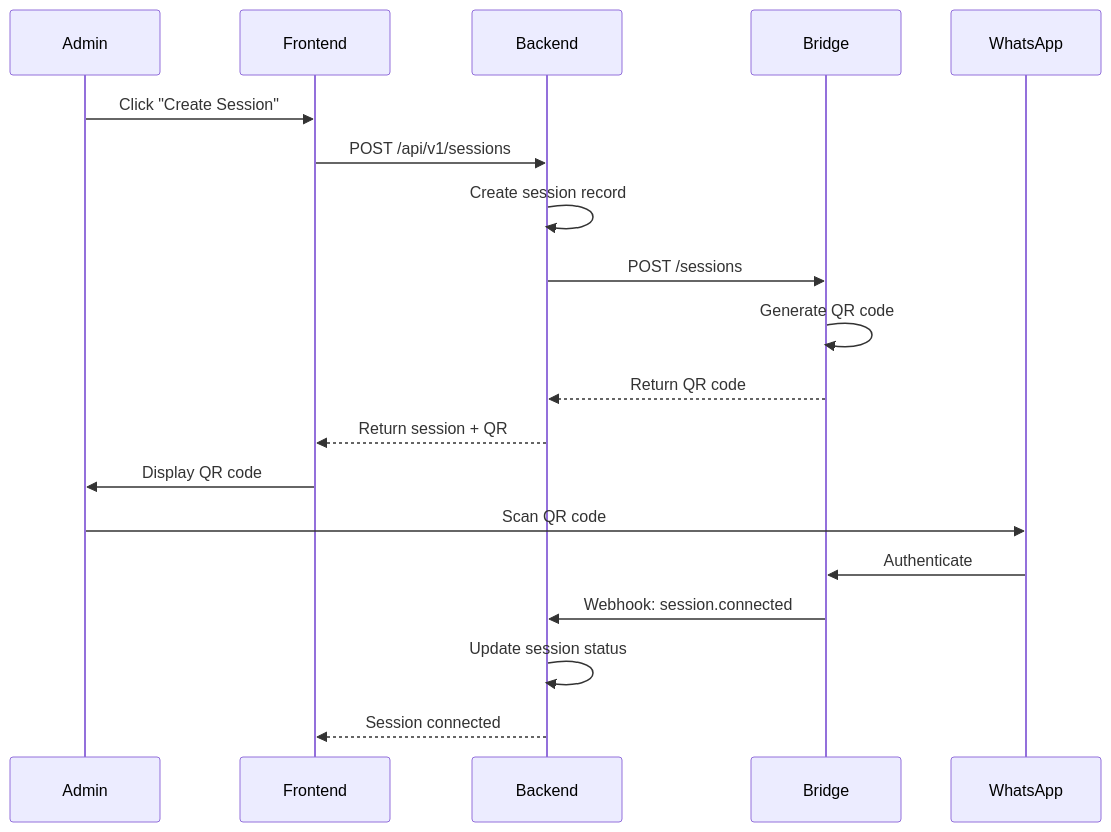
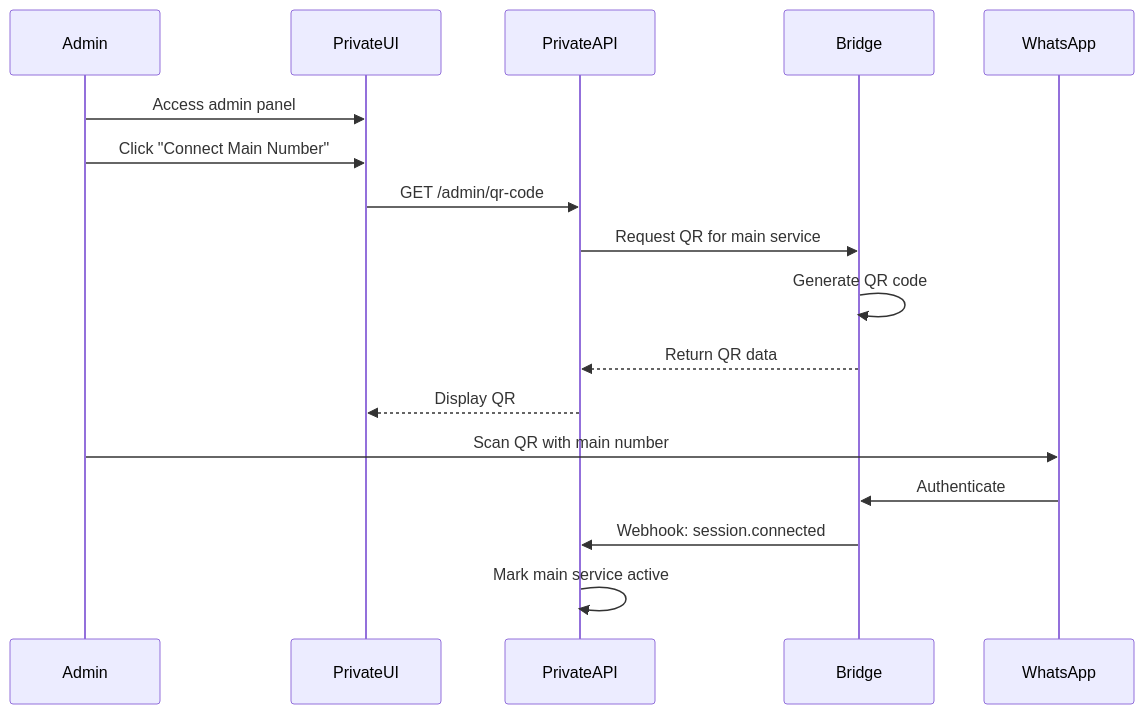
The fourth of 11 diagrams in architecture.md (tonylampada/zapa), drawn with Mermaid before and after one commit. The commit also changed other lines of this file, not shown here.

First line of the commit message:
Revise architecture for dual FastAPI services design

````diff
--- a/architecture.md
+++ b/architecture.md
@@ -120,22 +138,20 @@
 ```mermaid
 sequenceDiagram
     participant Admin
-    participant Frontend
-    participant Backend
+    participant PrivateUI
+    participant PrivateAPI
     participant Bridge
     participant WhatsApp
     
-    Admin->>Frontend: Click "Create Session"
-    Frontend->>Backend: POST /api/v1/sessions
-    Backend->>Backend: Create session record
-    Backend->>Bridge: POST /sessions
+    Admin->>PrivateUI: Access admin panel
+    Admin->>PrivateUI: Click "Connect Main Number"
+    PrivateUI->>PrivateAPI: GET /admin/qr-code
+    PrivateAPI->>Bridge: Request QR for main service
     Bridge->>Bridge: Generate QR code
-    Bridge-->>Backend: Return QR code
-    Backend-->>Frontend: Return session + QR
-    Frontend->>Admin: Display QR code
-    Admin->>WhatsApp: Scan QR code
+    Bridge-->>PrivateAPI: Return QR data
+    PrivateAPI-->>PrivateUI: Display QR
+    Admin->>WhatsApp: Scan QR with main number
     WhatsApp->>Bridge: Authenticate
-    Bridge->>Backend: Webhook: session.connected
-    Backend->>Backend: Update session status
-    Backend-->>Frontend: Session connected
+    Bridge->>PrivateAPI: Webhook: session.connected
+    PrivateAPI->>PrivateAPI: Mark main service active
 ```
````
